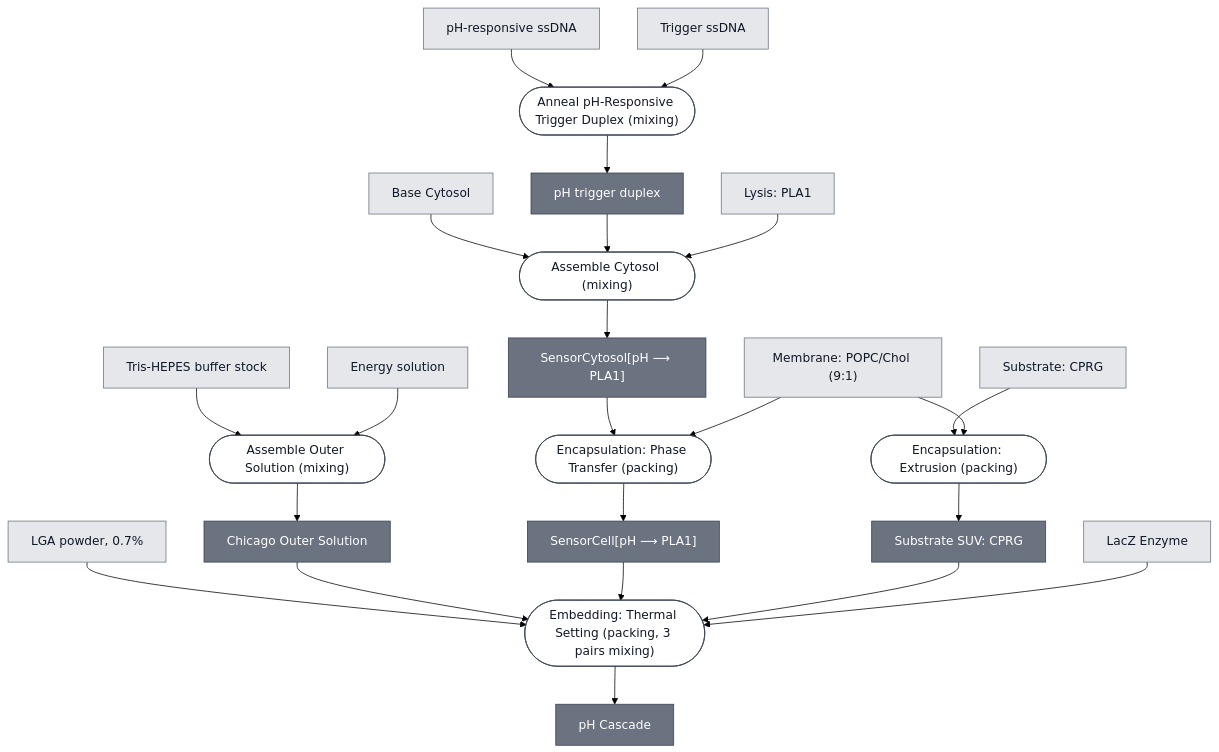
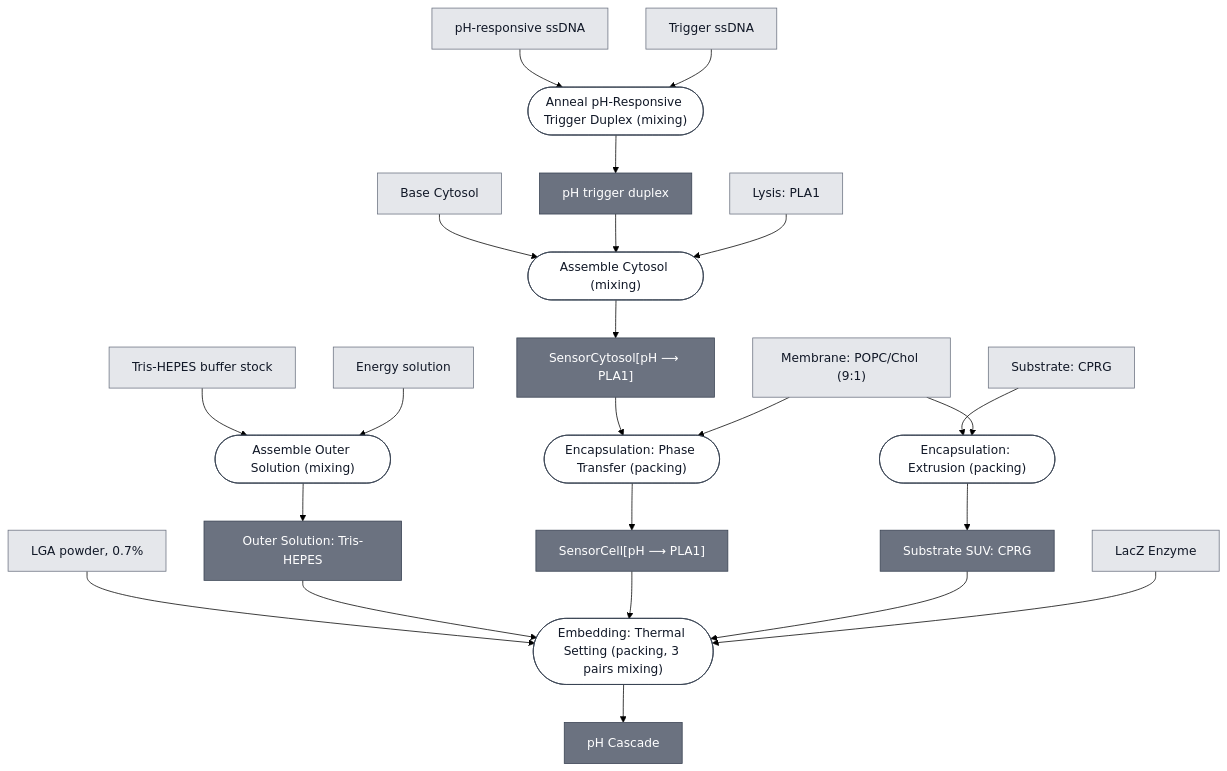
The diagram in docs/modules/ph-cascade/spec.md (nucleus-eng/nucleus-docs), drawn with Mermaid (forest theme) before and after one commit. The commit also changed other lines of this file and 78 other files, not shown here.

````diff
--- a/docs/modules/ph-cascade/spec.md
+++ b/docs/modules/ph-cascade/spec.md
@@ -35,81 +35,81 @@
 ```mermaid
 flowchart TD
     BASE_CYTOSOL["Base Cytosol"]
     PH_RESPONSIVE_SSDNA["pH-responsive ssDNA"]
     TRIGGER_SSDNA["Trigger ssDNA"]
     EFFECTOR_PLA1["Lysis: PLA1"]
     MEMBRANE_CHICAGO["Membrane: POPC/Chol (9:1)"]
     SUBSTRATE_CPRG["Substrate: CPRG"]
     REPORTER_LACZ_ENZYME["LacZ Enzyme"]
     LGA_POWDER["LGA powder, 0.7%"]
     TRIS_HEPES_STOCK["Tris-HEPES buffer stock"]
     ENERGY_SOLUTION["Energy solution"]
 
     P1_ASSEMBLE_OUTER_SOLUTION_0(["Assemble Outer Solution (mixing)"])
-    OUTER_SOLUTION_CHICAGO["Chicago Outer Solution"]
+    OUTER_SOLUTION_TRIS_HEPES["Outer Solution: Tris-HEPES"]
     P2_ANNEAL_TRIGGER_DUPLEX_0(["Anneal pH-Responsive Trigger Duplex (mixing)"])
     PH_TRIGGER_DUPLEX["pH trigger duplex"]
     P3_ASSEMBLE_CYTOSOL_0(["Assemble Cytosol (mixing)"])
     PH_SENSOR_CYTOSOL["SensorCytosol[pH ⟶ PLA1]"]
     P4_ENCAPSULATE_0(["Encapsulation: Phase Transfer (packing)"])
     PH_SENSING_CELL["SensorCell[pH ⟶ PLA1]"]
     P5_ENCAPSULATE_SUBSTRATE_SUV_0(["Encapsulation: Extrusion (packing)"])
     SUBSTRATE_CPRG_SUV["Substrate SUV: CPRG"]
     P6_EMBED_AGAROSE_0(["Embedding: Thermal Setting (packing, 3 pairs mixing)"])
     PH_CASCADE["pH Cascade"]
 
     TRIS_HEPES_STOCK --> P1_ASSEMBLE_OUTER_SOLUTION_0
     ENERGY_SOLUTION --> P1_ASSEMBLE_OUTER_SOLUTION_0
-    P1_ASSEMBLE_OUTER_SOLUTION_0 --> OUTER_SOLUTION_CHICAGO
+    P1_ASSEMBLE_OUTER_SOLUTION_0 --> OUTER_SOLUTION_TRIS_HEPES
 
     PH_RESPONSIVE_SSDNA --> P2_ANNEAL_TRIGGER_DUPLEX_0
     TRIGGER_SSDNA --> P2_ANNEAL_TRIGGER_DUPLEX_0
     P2_ANNEAL_TRIGGER_DUPLEX_0 --> PH_TRIGGER_DUPLEX
 
     BASE_CYTOSOL --> P3_ASSEMBLE_CYTOSOL_0
     PH_TRIGGER_DUPLEX --> P3_ASSEMBLE_CYTOSOL_0
     EFFECTOR_PLA1 --> P3_ASSEMBLE_CYTOSOL_0
     P3_ASSEMBLE_CYTOSOL_0 --> PH_SENSOR_CYTOSOL
 
     PH_SENSOR_CYTOSOL --> P4_ENCAPSULATE_0
     MEMBRANE_CHICAGO --> P4_ENCAPSULATE_0
     P4_ENCAPSULATE_0 --> PH_SENSING_CELL
 
     SUBSTRATE_CPRG --> P5_ENCAPSULATE_SUBSTRATE_SUV_0
     MEMBRANE_CHICAGO --> P5_ENCAPSULATE_SUBSTRATE_SUV_0
     P5_ENCAPSULATE_SUBSTRATE_SUV_0 --> SUBSTRATE_CPRG_SUV
 
     LGA_POWDER --> P6_EMBED_AGAROSE_0
-    OUTER_SOLUTION_CHICAGO --> P6_EMBED_AGAROSE_0
+    OUTER_SOLUTION_TRIS_HEPES --> P6_EMBED_AGAROSE_0
     PH_SENSING_CELL --> P6_EMBED_AGAROSE_0
     SUBSTRATE_CPRG_SUV --> P6_EMBED_AGAROSE_0
     REPORTER_LACZ_ENZYME --> P6_EMBED_AGAROSE_0
     P6_EMBED_AGAROSE_0 --> PH_CASCADE
 
 
     classDef leaf     fill:#e5e7eb,stroke:#6b7280,color:#111827;
     classDef composed fill:#6b7280,stroke:#374151,color:#ffffff;
     classDef process  fill:#ffffff,stroke:#374151,color:#111827;
     class BASE_CYTOSOL,PH_RESPONSIVE_SSDNA,TRIGGER_SSDNA,EFFECTOR_PLA1,MEMBRANE_CHICAGO,SUBSTRATE_CPRG,REPORTER_LACZ_ENZYME,LGA_POWDER,TRIS_HEPES_STOCK,ENERGY_SOLUTION leaf;
-    class OUTER_SOLUTION_CHICAGO,PH_TRIGGER_DUPLEX,PH_SENSOR_CYTOSOL,PH_SENSING_CELL,SUBSTRATE_CPRG_SUV,PH_CASCADE composed;
+    class OUTER_SOLUTION_TRIS_HEPES,PH_TRIGGER_DUPLEX,PH_SENSOR_CYTOSOL,PH_SENSING_CELL,SUBSTRATE_CPRG_SUV,PH_CASCADE composed;
     class P1_ASSEMBLE_OUTER_SOLUTION_0,P2_ANNEAL_TRIGGER_DUPLEX_0,P3_ASSEMBLE_CYTOSOL_0,P4_ENCAPSULATE_0,P5_ENCAPSULATE_SUBSTRATE_SUV_0,P6_EMBED_AGAROSE_0 process;
 
     click BASE_CYTOSOL "/docs/modules/base-cytosol/spec"
     click EFFECTOR_PLA1 "/docs/modules/effector-pla1/spec"
-    click MEMBRANE_CHICAGO "/docs/modules/membrane-popc-chol-chicago/spec"
+    click MEMBRANE_CHICAGO "/docs/modules/membrane-popc-chol-9-1/spec"
     click SUBSTRATE_CPRG "/docs/modules/substrate-cprg/spec"
     click REPORTER_LACZ_ENZYME "/docs/modules/reporter-lacz-enzyme/spec"
     click LGA_POWDER "/docs/modules/gel-lga/spec"
     click P1_ASSEMBLE_OUTER_SOLUTION_0 "/docs/processes/assemble-outer-solution/main"
-    click OUTER_SOLUTION_CHICAGO "/docs/modules/outer-solution-chicago/spec"
+    click OUTER_SOLUTION_TRIS_HEPES "/docs/modules/outer-solution-tris-hepes/spec"
     click P2_ANNEAL_TRIGGER_DUPLEX_0 "/docs/processes/anneal-ph-trigger-duplex/main"
     click PH_TRIGGER_DUPLEX "/docs/modules/detector-ph/spec"
     click P3_ASSEMBLE_CYTOSOL_0 "/docs/processes/assemble-cytosol/assemble-cytosol-main"
     click PH_SENSOR_CYTOSOL "/docs/modules/ph-sensor-cytosol/spec"
     click P4_ENCAPSULATE_0 "/docs/processes/assemble-base-cell/main"
     click PH_SENSING_CELL "/docs/modules/ph-sensing-cell/spec"
     click P5_ENCAPSULATE_SUBSTRATE_SUV_0 "/docs/processes/encapsulate-suv/main"
     click SUBSTRATE_CPRG_SUV "/docs/modules/substrate-cprg-suv/spec"
     click P6_EMBED_AGAROSE_0 "/docs/processes/embed-thermal-setting/main"
     click PH_CASCADE "/docs/modules/ph-cascade/spec"
 ```
````
